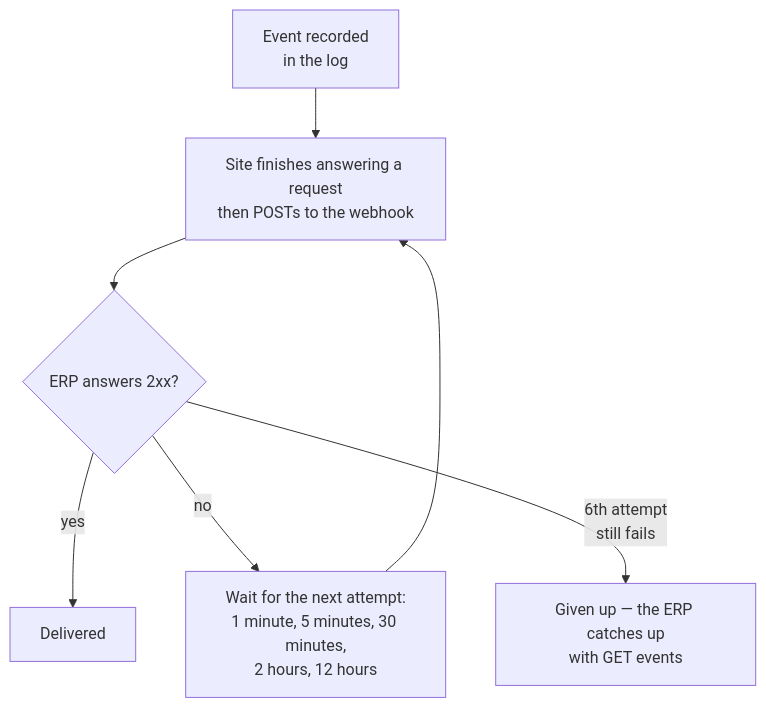
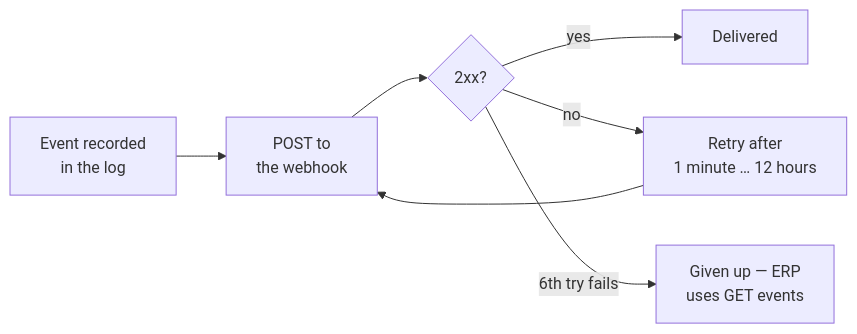
The fourth of 4 diagrams in api/api-sync.md (gp247net/gp247-docs), drawn with Mermaid before and after one commit. The commit also changed other lines of this file and 44 other files, not shown here.

First line of the commit message:
docs: redraw oversized diagrams in security, API and MCP docs (vi/en/ja)

````diff
--- a/api/api-sync.md
+++ b/api/api-sync.md
@@ -291,9 +292,9 @@
 ```mermaid
-flowchart TD
-    A["Event recorded<br/>in the log"] --> B["Site finishes answering a request<br/>then POSTs to the webhook"]
-    B --> C{"ERP answers 2xx?"}
+flowchart LR
+    A["Event recorded<br/>in the log"] --> B["POST to<br/>the webhook"]
+    B --> C{"2xx?"}
     C -- "yes" --> D["Delivered"]
-    C -- "no" --> E["Wait for the next attempt:<br/>1 minute, 5 minutes, 30 minutes,<br/>2 hours, 12 hours"]
+    C -- "no" --> E["Retry after<br/>1 minute … 12 hours"]
     E --> B
-    C -- "6th attempt<br/>still fails" --> F["Given up — the ERP catches up<br/>with GET events"]
+    C -- "6th try fails" --> F["Given up — ERP<br/>uses GET events"]
 ```
````
